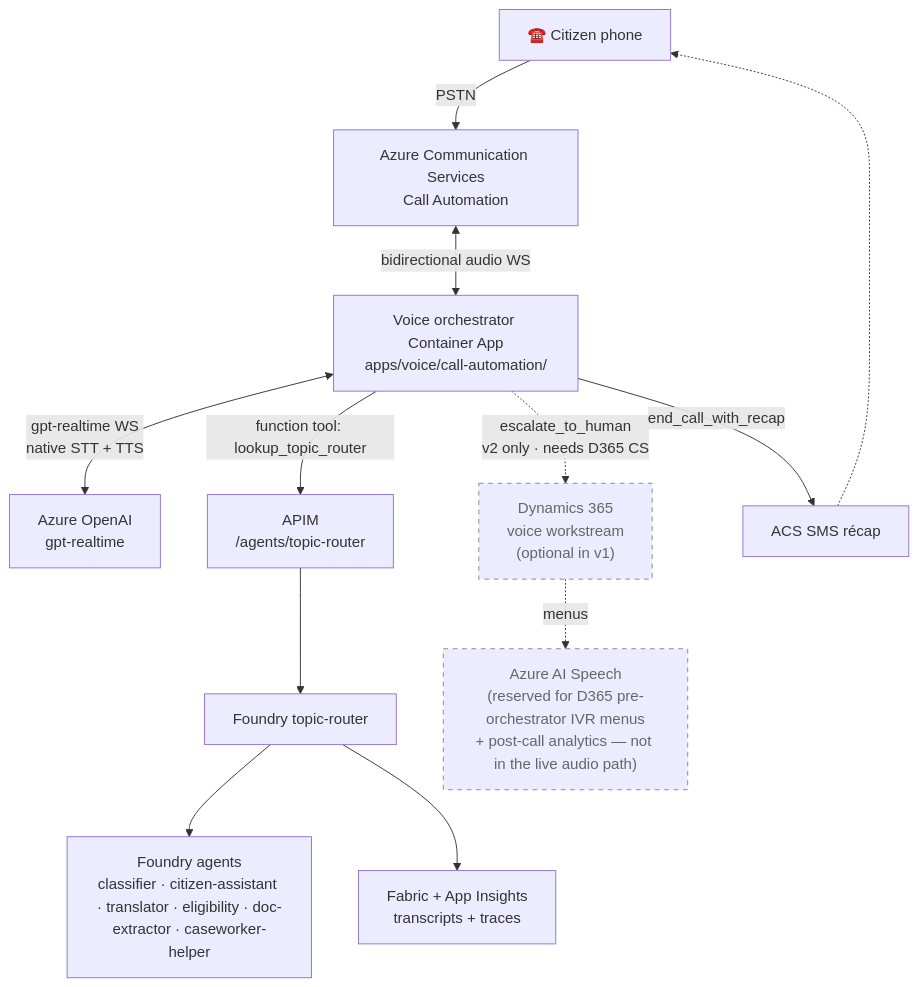
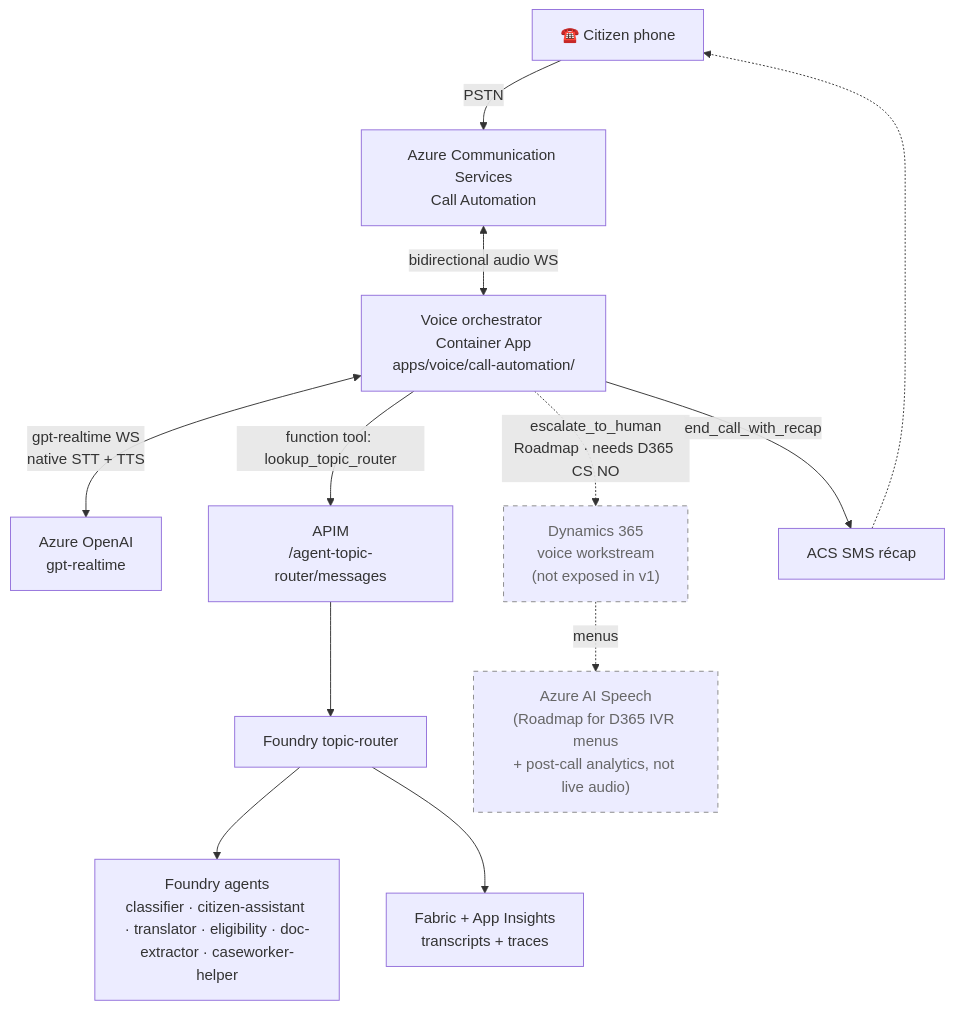
Before and after one commit to fredgis/UDCSP: the first of 6 diagrams in docs/biz/voice.md, drawn with Mermaid. The commit also changed other lines of this file and 37 other files, not shown here.

````diff
--- a/docs/biz/voice.md
+++ b/docs/biz/voice.md
@@ -74,17 +82,17 @@
 ```mermaid
 flowchart TB
     PHONE["☎️ Citizen phone"] -->|PSTN| ACS["Azure Communication Services<br/>Call Automation"]
     ACS <-->|bidirectional audio WS| ORCH["Voice orchestrator Container App<br/>apps/voice/call-automation/"]
     ORCH <-->|gpt-realtime WS<br/>native STT + TTS| GPTRT["Azure OpenAI<br/>gpt-realtime"]
-    ORCH -->|function tool: lookup_topic_router| APIM["APIM<br/>/agents/topic-router"]
+    ORCH -->|function tool: lookup_topic_router| APIM["APIM<br/>/agent-topic-router/messages"]
     APIM --> ROUTER["Foundry topic-router"]
     ROUTER --> FOUNDRY["Foundry agents<br/>classifier · citizen-assistant · translator · eligibility · doc-extractor · caseworker-helper"]
-    ORCH -.->|escalate_to_human<br/>v2 only · needs D365 CS| D365["Dynamics 365<br/>voice workstream<br/>(optional in v1)"]
+    ORCH -.->|escalate_to_human<br/>Roadmap · needs D365 CS NO| D365["Dynamics 365<br/>voice workstream<br/>(not exposed in v1)"]
     ROUTER --> FABRIC["Fabric + App Insights<br/>transcripts + traces"]
     ORCH -->|end_call_with_recap| ACSOUT["ACS SMS récap"]
     ACSOUT -.-> PHONE
-    SPEECH["Azure AI Speech<br/>(reserved for D365 pre-orchestrator IVR menus<br/>+ post-call analytics — not in the live audio path)"]
+    SPEECH["Azure AI Speech<br/>(Roadmap for D365 IVR menus<br/>+ post-call analytics, not live audio)"]
     D365 -. menus .-> SPEECH
     classDef v2 stroke-dasharray:5 5,stroke:#888,color:#666
     class D365,SPEECH v2
 ```
````
